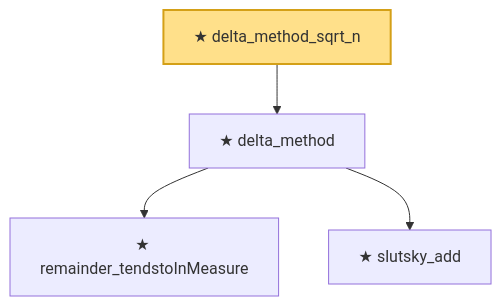
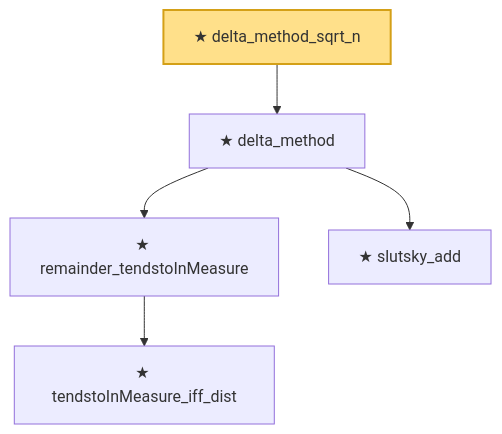
One commit to statopia/statlib-site changed the diagram in public/narratives/StatFoundation/delta_method_sqrt_n.md. Above: the diagram before and after it, drawn with Mermaid. The commit also changed other lines of this file and 940 other files, not shown here.

Commit message:
docs: refresh featured dependency graphs

````diff
--- a/public/narratives/StatFoundation/delta_method_sqrt_n.md
+++ b/public/narratives/StatFoundation/delta_method_sqrt_n.md
@@ -15,13 +16,15 @@
 ```mermaid
 flowchart TD
-  n0["★ remainder_tendstoInMeasure"]
-  n1["★ slutsky_add"]
-  n2["★ delta_method"]
-  n3["★ delta_method_sqrt_n"]
-  n2 --> n0
-  n2 --> n1
+  n0["★ tendstoInMeasure_iff_dist"]
+  n1["★ remainder_tendstoInMeasure"]
+  n2["★ slutsky_add"]
+  n3["★ delta_method"]
+  n4["★ delta_method_sqrt_n"]
+  n1 --> n0
+  n3 --> n1
   n3 --> n2
-  class n3 headline;
+  n4 --> n3
+  class n4 headline;
   classDef headline fill:#ffe08a,stroke:#d4a017,stroke-width:2px;
   classDef axiomNode fill:#ffd0d0,stroke:#c0392b,stroke-dasharray:4 2;
 ```
````
